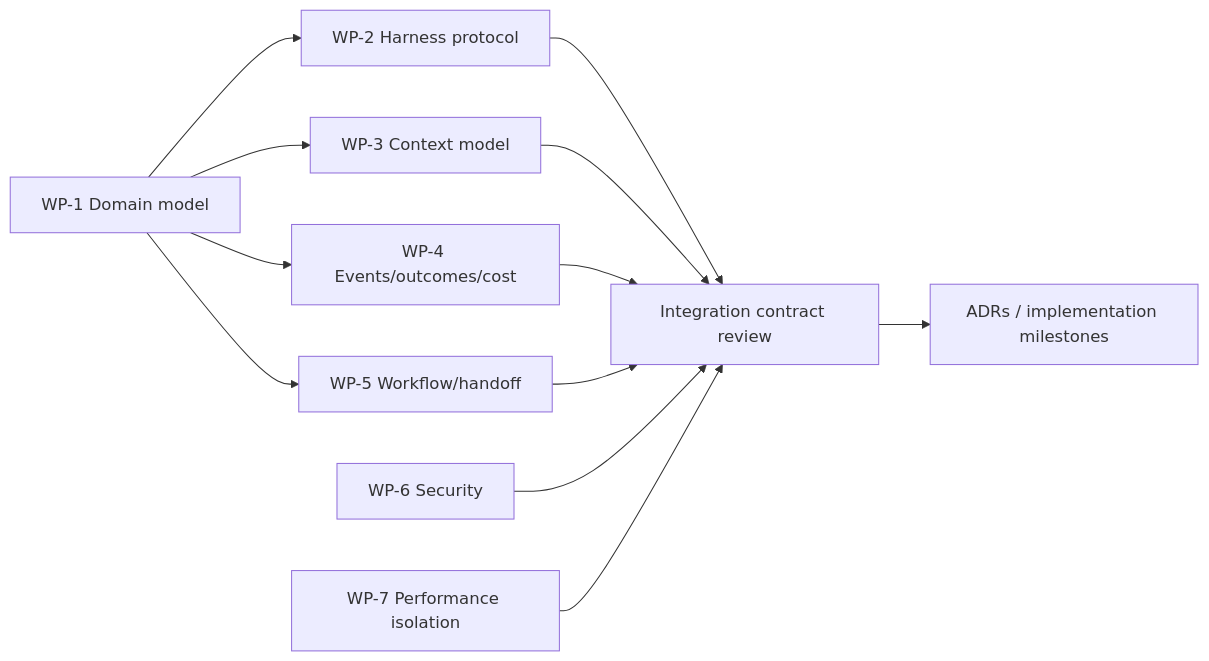
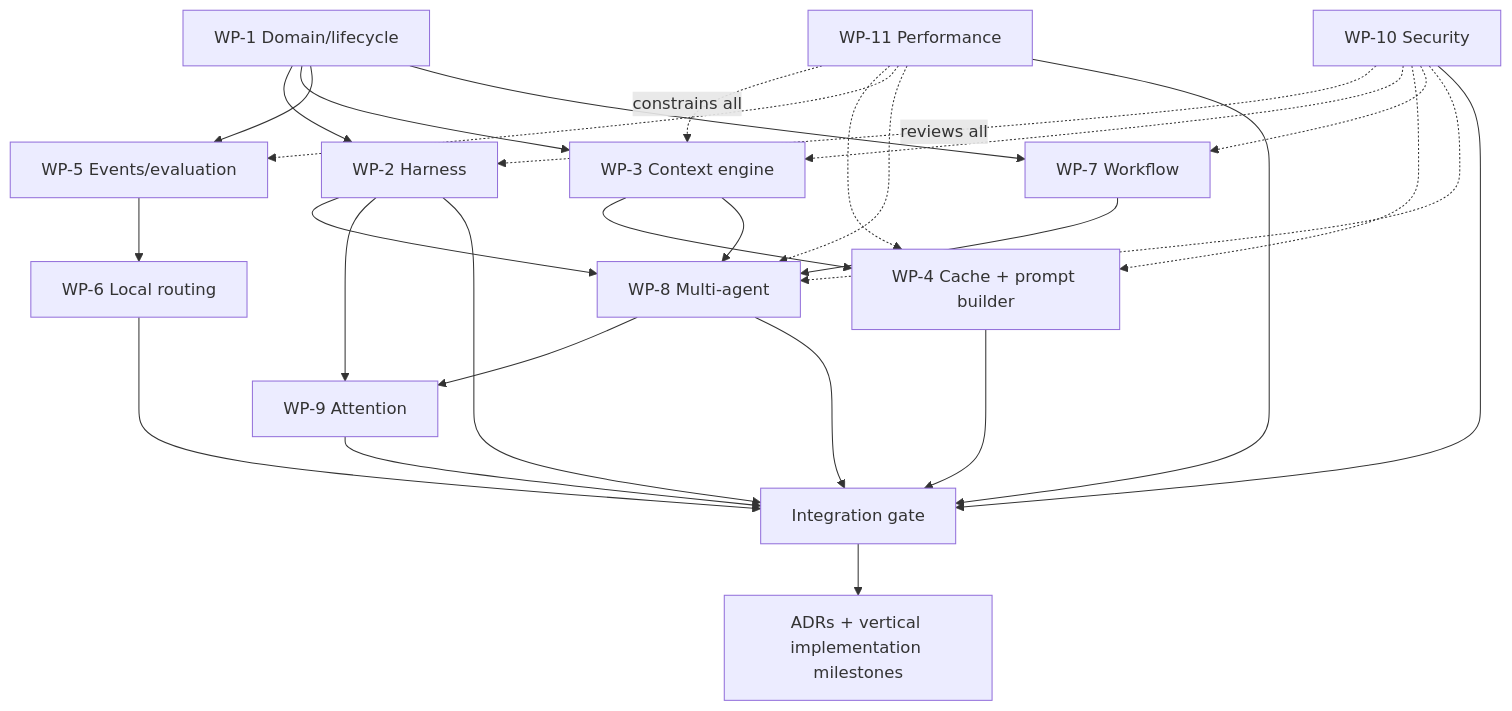
The second of 2 diagrams in docs/architecture/SEYAL-AGENT-PLATFORM-RD-PLAN-001.md (mahboobmonnamd/seyal), drawn with Mermaid before and after one commit. The commit also changed other lines of this file, not shown here.

Commit message:
docs: expand OSS agent platform R&D scope

````diff
--- a/docs/architecture/SEYAL-AGENT-PLATFORM-RD-PLAN-001.md
+++ b/docs/architecture/SEYAL-AGENT-PLATFORM-RD-PLAN-001.md
@@ -226,17 +456,39 @@
 ```mermaid
-flowchart LR
-    A[WP-1 Domain model] --> B[WP-2 Harness protocol]
-    A --> C[WP-3 Context model]
-    A --> D[WP-4 Events/outcomes/cost]
-    A --> E[WP-5 Workflow/handoff]
+flowchart TB
+    D[WP-1 Domain/lifecycle]
 
-    B --> F[Integration contract review]
-    C --> F
-    D --> F
-    E --> F
+    D --> H[WP-2 Harness]
+    D --> C[WP-3 Context engine]
+    D --> E[WP-5 Events/evaluation]
+    D --> W[WP-7 Workflow]
 
-    S[WP-6 Security] --> F
-    P[WP-7 Performance isolation] --> F
+    C --> K[WP-4 Cache + prompt builder]
+    E --> R[WP-6 Local routing]
+    H --> M[WP-8 Multi-agent]
+    W --> M
+    C --> M
 
-    F --> ADR[ADRs / implementation milestones]
+    H --> A[WP-9 Attention]
+    M --> A
+
+    S[WP-10 Security] -. reviews all .-> H
+    S -.-> C
+    S -.-> K
+    S -.-> W
+    S -.-> M
+
+    P[WP-11 Performance] -. constrains all .-> C
+    P -.-> K
+    P -.-> E
+    P -.-> M
+
+    H --> G[Integration gate]
+    K --> G
+    R --> G
+    M --> G
+    A --> G
+    S --> G
+    P --> G
+
+    G --> ADR[ADRs + vertical implementation milestones]
 ```
````
